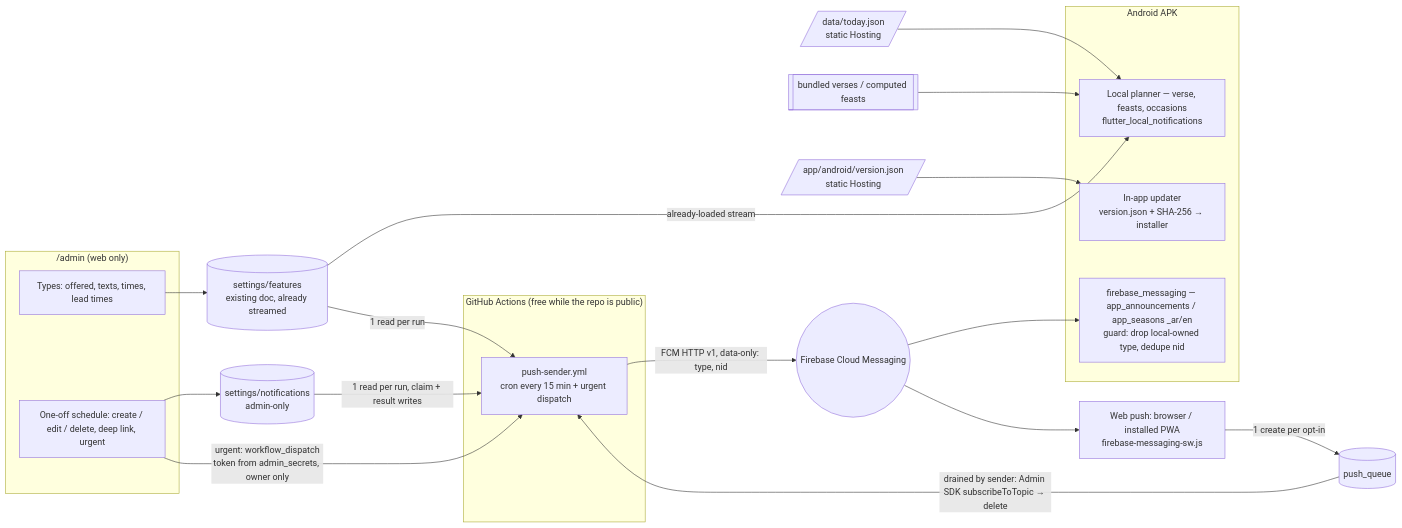
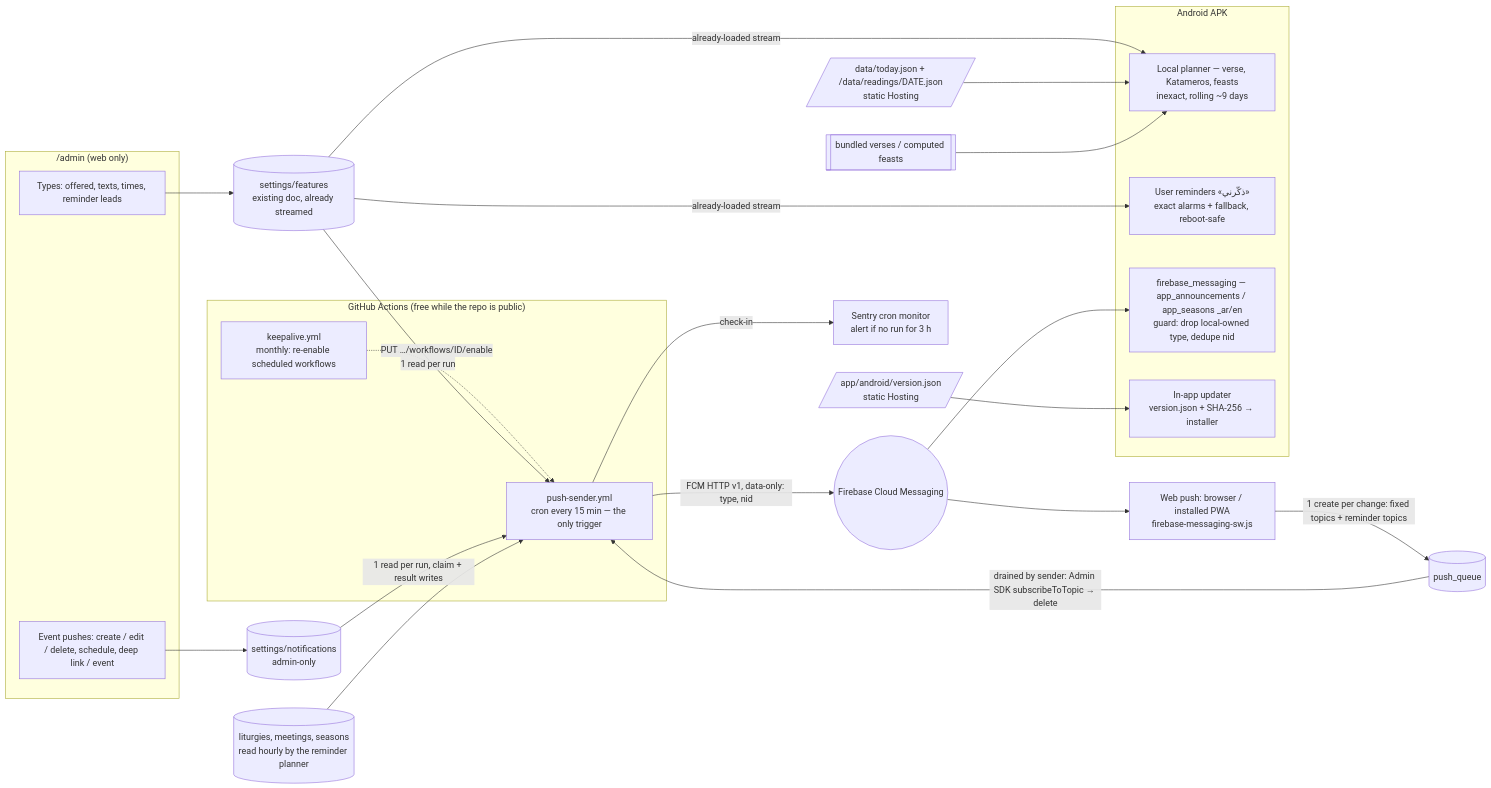
The diagram in docs/plans/phase2/README.md (Kerollosmm/church-portal), drawn with Mermaid before and after one commit. The commit also changed other lines of this file and 8 other files, not shown here.

````diff
--- a/docs/plans/phase2/README.md
+++ b/docs/plans/phase2/README.md
@@ -58,29 +78,34 @@
 ```mermaid
 flowchart LR
   subgraph Admin["/admin (web only)"]
-    T[Types: offered, texts, times, lead times]
-    S[One-off schedule: create / edit / delete, deep link, urgent]
+    T[Types: offered, texts, times, reminder leads]
+    S[Event pushes: create / edit / delete, schedule, deep link / event]
   end
   T --> F[(settings/features<br/>existing doc, already streamed)]
   S --> N[(settings/notifications<br/>admin-only)]
   subgraph Phone["Android APK"]
-    L[Local planner — verse, feasts, occasions<br/>flutter_local_notifications]
+    L[Local planner — verse, Katameros, feasts<br/>inexact, rolling ~9 days]
+    R[User reminders «ذكّرني»<br/>exact alarms + fallback, reboot-safe]
     M[firebase_messaging — app_announcements / app_seasons _ar/en<br/>guard: drop local-owned type, dedupe nid]
     U[In-app updater<br/>version.json + SHA-256 → installer]
   end
   F -->|already-loaded stream| L
-  J[/data/today.json<br/>static Hosting/] --> L
+  F -->|already-loaded stream| R
+  J[/data/today.json + /data/readings/DATE.json<br/>static Hosting/] --> L
   V[[bundled verses / computed feasts]] --> L
   H[/app/android/version.json<br/>static Hosting/] --> U
   subgraph GH["GitHub Actions (free while the repo is public)"]
-    P[push-sender.yml<br/>cron every 15 min + urgent dispatch]
+    P[push-sender.yml<br/>cron every 15 min — the only trigger]
+    K[keepalive.yml<br/>monthly: re-enable scheduled workflows]
   end
-  S -->|urgent: workflow_dispatch<br/>token from admin_secrets, owner only| P
+  K -.->|PUT …/workflows/ID/enable| P
   F -->|1 read per run| P
   N -->|1 read per run, claim + result writes| P
+  E[(liturgies, meetings, seasons<br/>read hourly by the reminder planner)] --> P
   P -->|FCM HTTP v1, data-only: type, nid| FCM((Firebase Cloud Messaging))
+  P -->|check-in| SE[Sentry cron monitor<br/>alert if no run for 3 h]
   FCM --> M
   FCM --> W[Web push: browser / installed PWA<br/>firebase-messaging-sw.js]
-  W -->|1 create per opt-in| Q[(push_queue)]
+  W -->|1 create per change: fixed topics + reminder topics| Q[(push_queue)]
   Q -->|drained by sender: Admin SDK subscribeToTopic → delete| P
 ```
````
